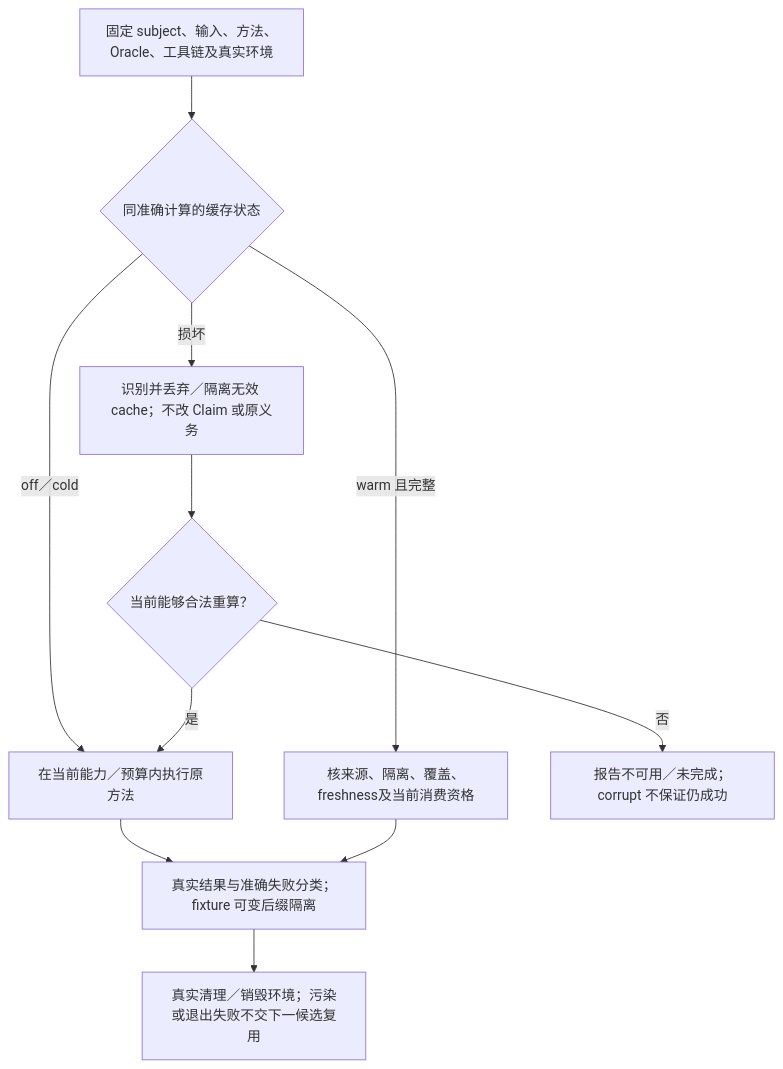
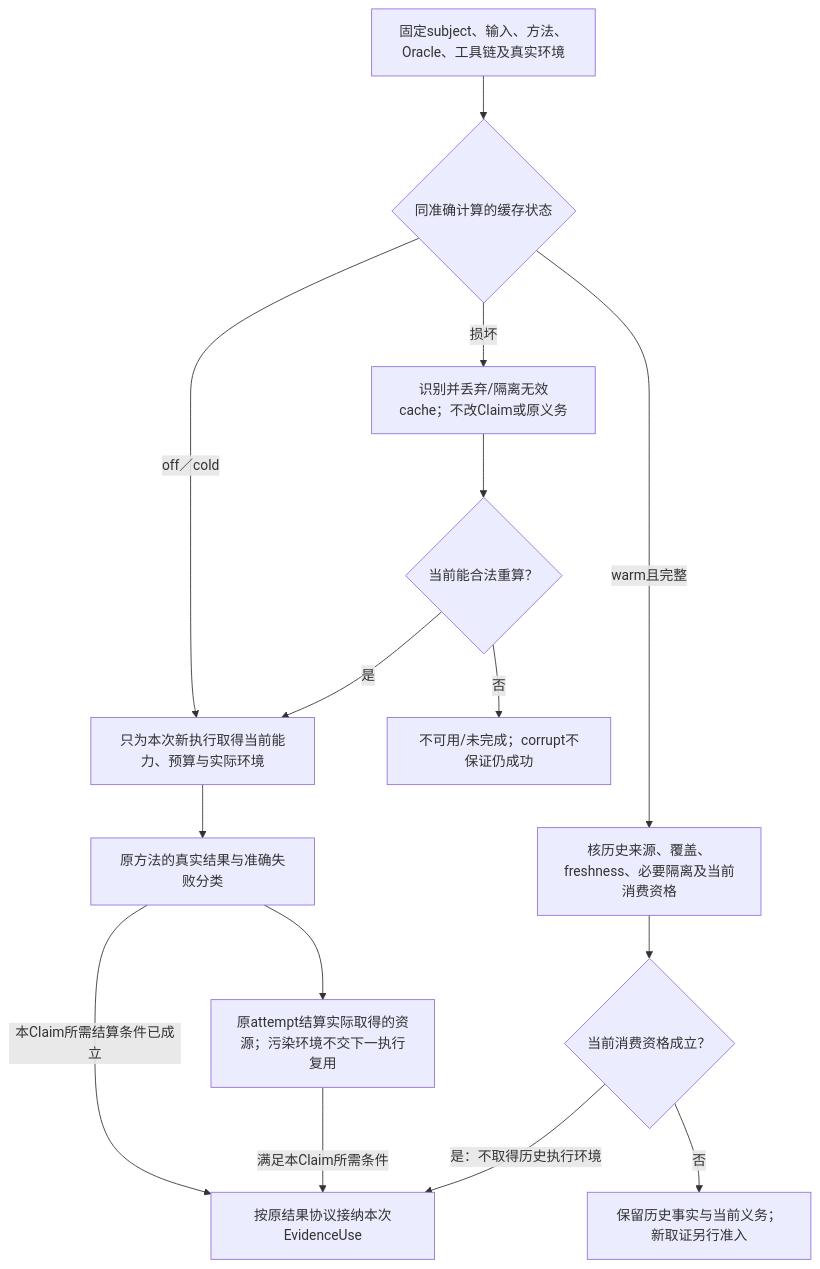
One commit to sec-platform/sec changed the fourth of 5 diagrams in docs/运行/验收/会话集成与结果复用.md. Above: the diagram before and after it, drawn with Mermaid. The commit also changed 122 other files, not shown here.

First line of the commit message:
docs: unify system diagrams and remove redundant design text (#882)

````diff
--- a/docs/运行/验收/会话集成与结果复用.md
+++ b/docs/运行/验收/会话集成与结果复用.md
@@ -432,13 +432,17 @@
 ```mermaid
 flowchart TB
-  exact["固定 subject、输入、方法、Oracle、工具链及真实环境"] --> cache{"同准确计算的缓存状态"}
-  cache -->|off／cold| compute["在当前能力／预算内执行原方法"]
-  cache -->|warm 且完整| qualify["核来源、隔离、覆盖、freshness及当前消费资格"]
-  cache -->|损坏| discard["识别并丢弃／隔离无效 cache；不改 Claim 或原义务"]
-  discard --> possible{"当前能够合法重算？"}
+  exact["固定subject、输入、方法、Oracle、工具链及真实环境"] --> cache{"同准确计算的缓存状态"}
+  cache -->|off／cold| compute["只为本次新执行取得当前能力、预算与实际环境"]
+  cache -->|warm且完整| qualify["核历史来源、覆盖、freshness、必要隔离及当前消费资格"]
+  cache -->|损坏| discard["识别并丢弃/隔离无效cache；不改Claim或原义务"]
+  discard --> possible{"当前能合法重算？"}
   possible -->|是| compute
-  possible -->|否| unavailable["报告不可用／未完成；corrupt 不保证仍成功"]
-  compute --> result["真实结果与准确失败分类；fixture 可变后缀隔离"]
-  qualify --> result
-  result --> cleanup["真实清理／销毁环境；污染或退出失败不交下一候选复用"]
+  possible -->|否| unavailable["不可用/未完成；corrupt不保证仍成功"]
+  compute --> result["原方法的真实结果与准确失败分类"]
+  result --> settlement["原attempt结算实际取得的资源；污染环境不交下一执行复用"]
+  result -->|本Claim所需结算条件已成立| evidence["按原结果协议接纳本次EvidenceUse"]
+  settlement -->|满足本Claim所需条件| evidence
+  qualify --> qualified{"当前消费资格成立？"}
+  qualified -->|是：不取得历史执行环境| evidence
+  qualified -->|否| unresolved["保留历史事实与当前义务；新取证另行准入"]
 ```
````
